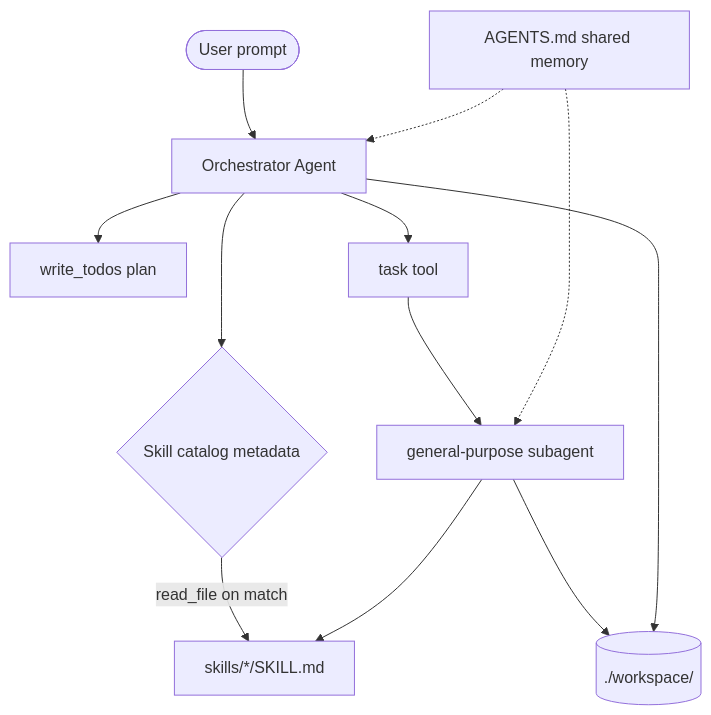
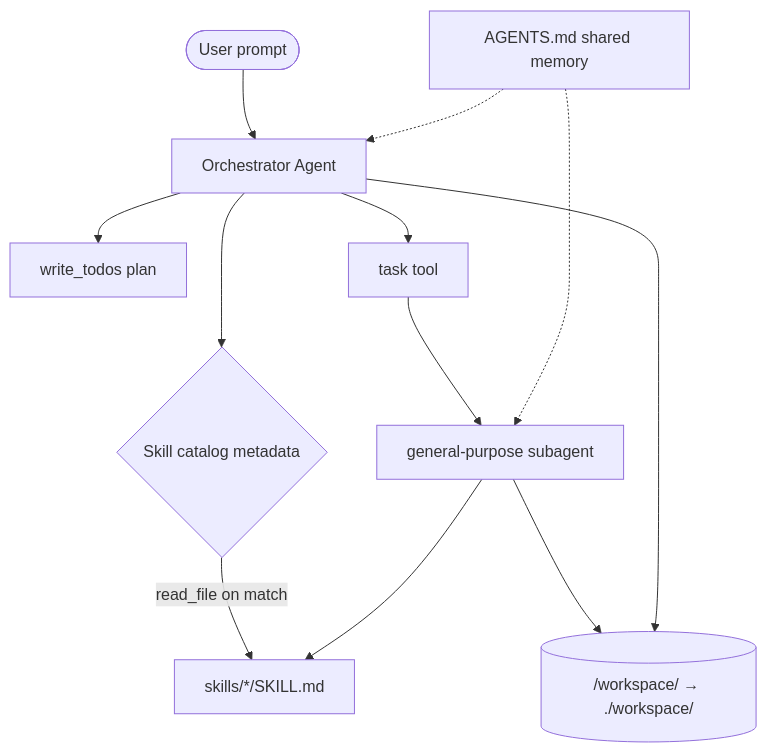
One commit to bhartk13/ai-engineer-portfolio changed the diagram in langchain/deep-agents/README.md. Above: the diagram before and after it, drawn with Mermaid. The commit also changed other lines of this file and 23 other files, not shown here.

````diff
--- a/langchain/deep-agents/README.md
+++ b/langchain/deep-agents/README.md
@@ -24,14 +24,14 @@
 ```mermaid
 flowchart TB
     User([User prompt]) --> Orchestrator[Orchestrator Agent]
     Orchestrator --> Plan[write_todos plan]
     Orchestrator --> Skills{Skill catalog metadata}
     Skills -->|read_file on match| SkillMD[skills/*/SKILL.md]
     Orchestrator --> Task[task tool]
     Task --> Subagent[general-purpose subagent]
     Subagent --> SkillMD
-    Subagent --> Workspace[(./workspace/)]
+    Subagent --> Workspace[(/workspace/ → ./workspace/)]
     Orchestrator --> Workspace
     AGENTS[AGENTS.md shared memory] -.-> Orchestrator
     AGENTS -.-> Subagent
 ```
````
